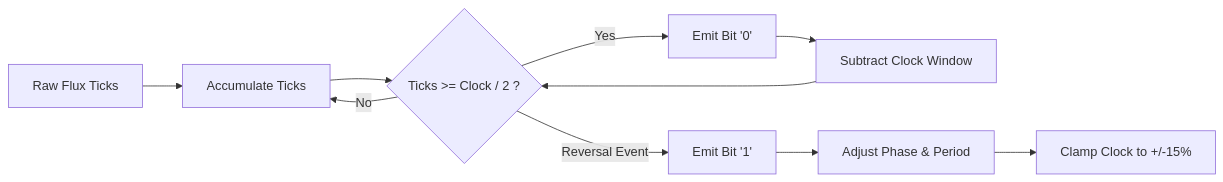
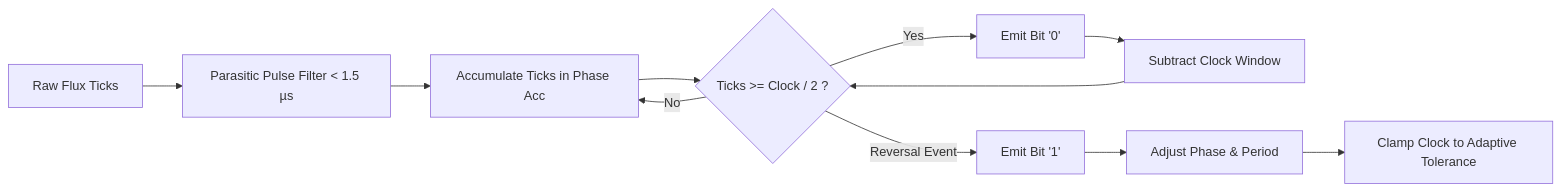
The diagram in documentation.md (Jean-Fred64/AlignTesterDiag), drawn with Mermaid before and after one commit. The commit also changed other lines of this file and 7 other files, not shown here.

````diff
--- a/documentation.md
+++ b/documentation.md
@@ -169,12 +173,13 @@
 ```mermaid
 flowchart LR
-    A[Raw Flux Ticks] --> B[Accumulate Ticks]
-    B --> C{Ticks >= Clock / 2 ?}
-    C -- No --> B
-    C -- Yes --> D[Emit Bit '0']
-    D --> E[Subtract Clock Window]
-    E --> C
-    C -- Reversal Event --> F[Emit Bit '1']
-    F --> G[Adjust Phase & Period]
-    G --> H[Clamp Clock to +/-15%]
+    A[Raw Flux Ticks] --> B[Parasitic Pulse Filter < 1.5 µs]
+    B --> C[Accumulate Ticks in Phase Acc]
+    C --> D{Ticks >= Clock / 2 ?}
+    D -- No --> C
+    D -- Yes --> E[Emit Bit '0']
+    E --> F[Subtract Clock Window]
+    F --> D
+    D -- Reversal Event --> G[Emit Bit '1']
+    G --> H[Adjust Phase & Period]
+    H --> I[Clamp Clock to Adaptive Tolerance]
 ```
````
